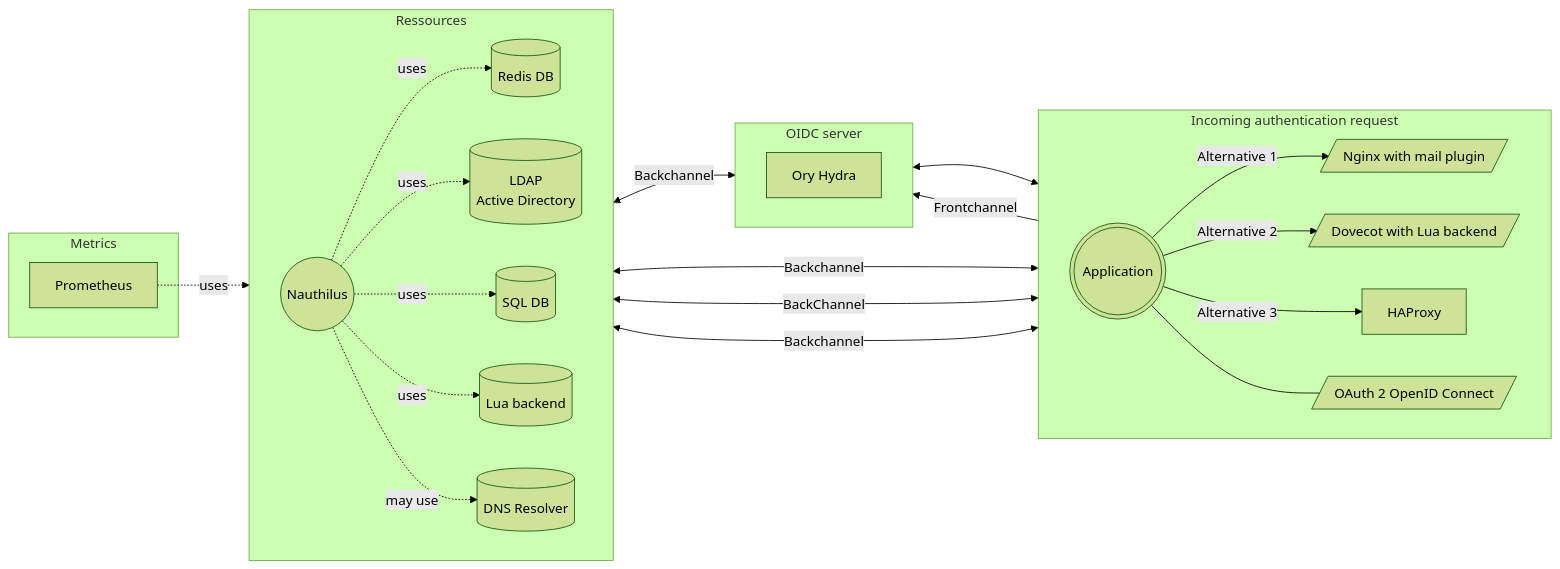
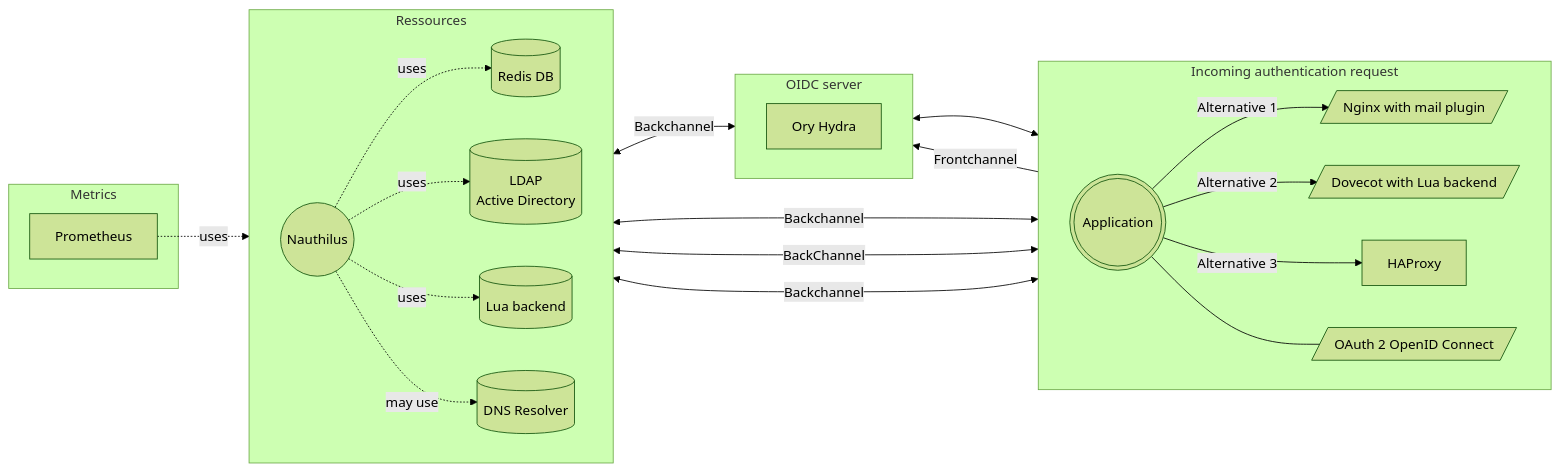
The diagram in docs/about/overview.md (croessner/nauthilus-website), drawn with Mermaid (forest theme) before and after one commit. The commit also changed other lines of this file and 6 other files, not shown here.

````diff
--- a/docs/about/overview.md
+++ b/docs/about/overview.md
@@ -16,30 +16,29 @@
 ```mermaid
 flowchart LR
     subgraph Incoming authentication request
         direction LR
         app(((Application))) -->|Alternative 1| ngx[/Nginx with mail plugin/]
         app -->|Alternative 2| dcot[/Dovecot with Lua backend/]
         app -->|Alternative 3| lbr[HAProxy]
         app --- oidc[/OAuth 2 OpenID Connect/]
     end
     subgraph OIDC server
         direction LR
         oidc -->|Frontchannel| ory
         ory <--> lbr
     end
     subgraph Ressources
         direction LR
         as((Nauthilus)) <-->|Backchannel| ory[Ory Hydra]
         as -. uses .-> redis[(Redis DB)]
         as -. uses .-> ldap[(LDAP<br/>Active Directory)]
-        as -. uses .-> sql[(SQL DB)]
         as -. uses .-> lua[(Lua backend)]
         as -. may use .-> dns[(DNS Resolver)]
         ngx <-->|Backchannel| as
         dcot <-->|BackChannel| as
         lbr <-->|Backchannel| as
     end
     subgraph Metrics
         prom[Prometheus] -. uses .-> as
     end
 ```
````
